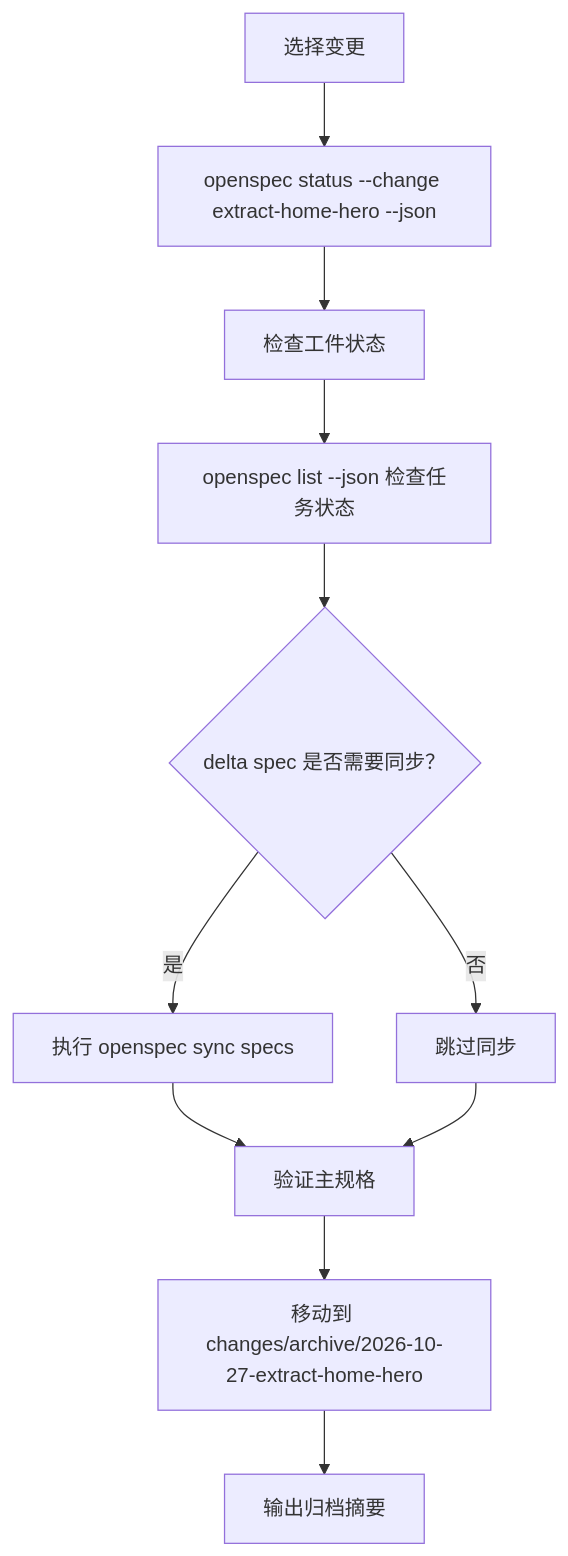
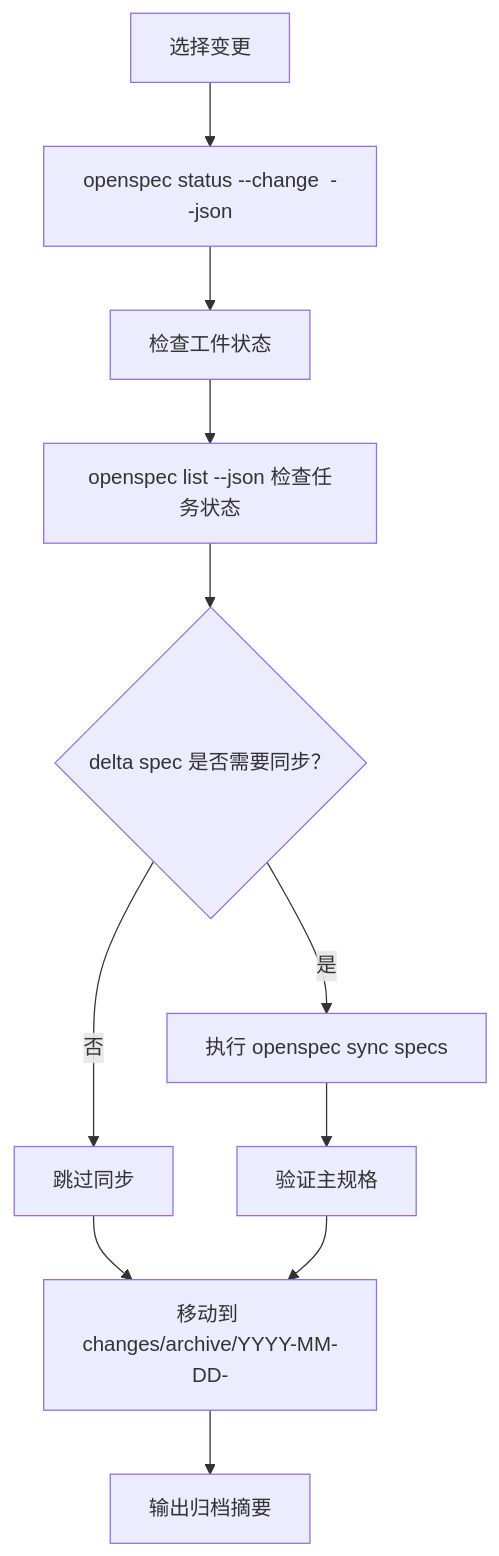
One commit to luyitiger6/my-first-project changed the ninth of 10 diagrams in .qoder/repowiki/zh/content/规格驱动开发/OpenSpec 工具使用.md. Above: the diagram before and after it, drawn with Mermaid. The commit also changed other lines of this file and 33 other files, not shown here.

````diff
--- a/.qoder/repowiki/zh/content/规格驱动开发/OpenSpec 工具使用.md
+++ b/.qoder/repowiki/zh/content/规格驱动开发/OpenSpec 工具使用.md
@@ -325,13 +385,13 @@
 ```mermaid
 flowchart TD
-A["选择变更"] --> B["openspec status --change extract-home-hero --json"]
+A["选择变更"] --> B["openspec status --change <name> --json"]
 B --> C["检查工件状态"]
 C --> D["openspec list --json 检查任务状态"]
 D --> E{"delta spec 是否需要同步？"}
 E --> |是| F["执行 openspec sync specs"]
 E --> |否| G["跳过同步"]
 F --> H["验证主规格"]
-G --> H
-H --> I["移动到 changes/archive/2026-10-27-extract-home-hero"]
+G --> I["移动到 changes/archive/YYYY-MM-DD-<name>"]
+H --> I
 I --> J["输出归档摘要"]
 ```
````
